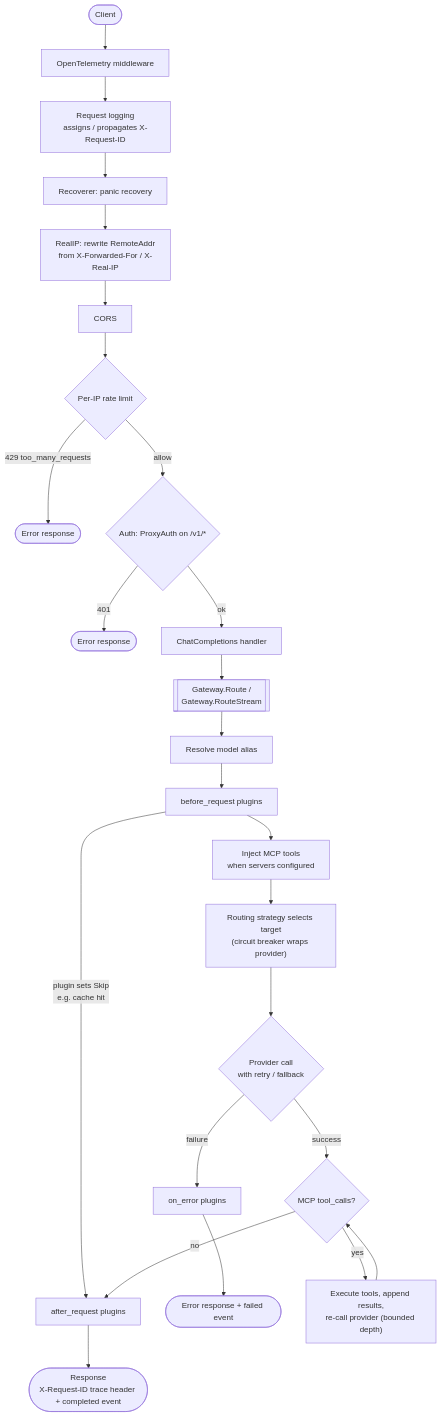
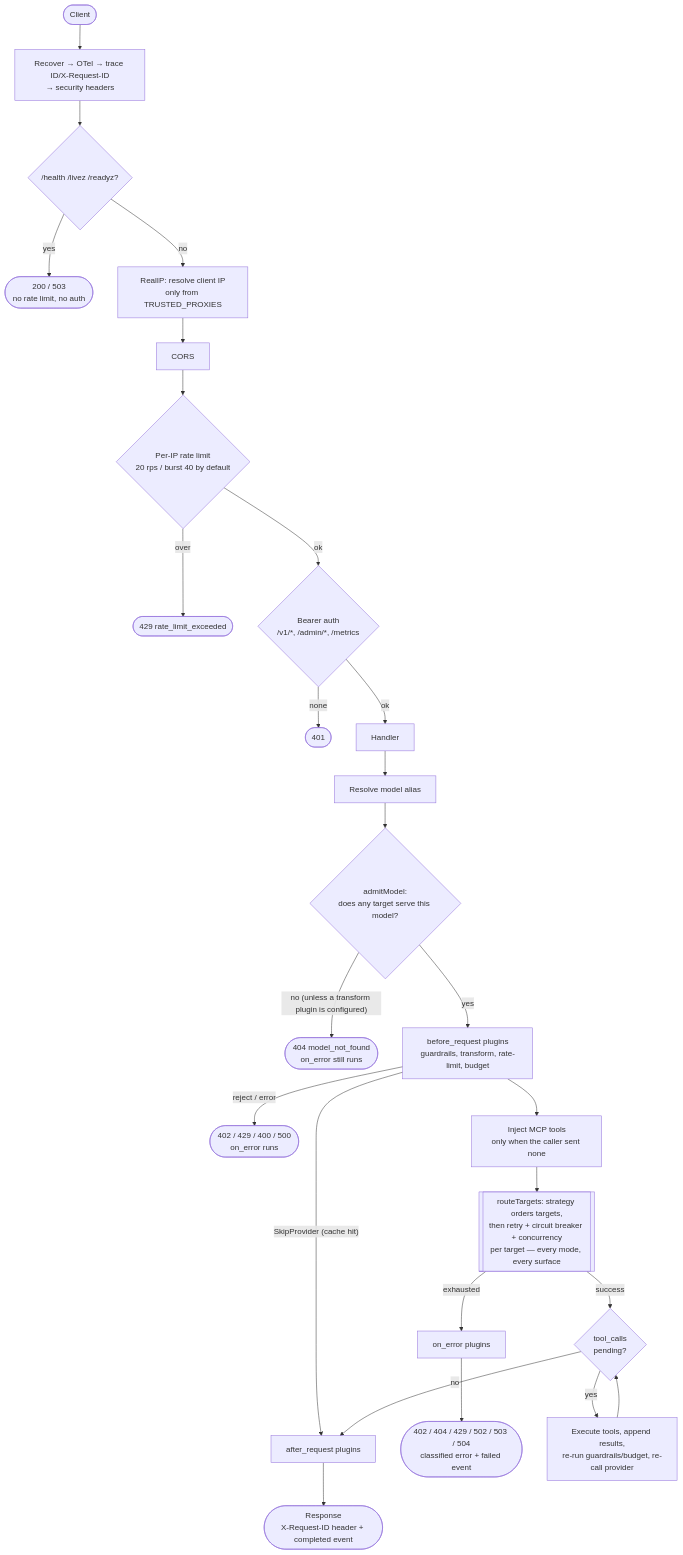
Before and after one commit to ferro-labs/ferrolabs-docs: the diagram in docs/getting-started/request-lifecycle.mdx, drawn with Mermaid. The commit also changed other lines of this file and 131 other files, not shown here.

First line of the commit message:
docs: v1.4.1 overhaul — docs-first homepage, plugins/routing/providers sections, full accuracy pass (#6) (#7)

````diff
--- a/docs/getting-started/request-lifecycle.mdx
+++ b/docs/getting-started/request-lifecycle.mdx
@@ -16,28 +15,29 @@
 ```mermaid
 flowchart TD
-    C([Client]) --> OTel[OpenTelemetry middleware]
-    OTel --> Log["Request logging<br/>assigns / propagates X-Request-ID"]
-    Log --> Rec[Recoverer: panic recovery]
-    Rec --> RIP["RealIP: rewrite RemoteAddr<br/>from X-Forwarded-For / X-Real-IP"]
+    C([Client]) --> MW["Recover → OTel → trace ID/X-Request-ID<br/>→ security headers"]
+    MW --> Probe{"/health /livez /readyz?"}
+    Probe -- yes --> ProbeResp(["200 / 503<br/>no rate limit, no auth"])
+    Probe -- no --> RIP["RealIP: resolve client IP<br/>only from TRUSTED_PROXIES"]
     RIP --> CORS[CORS]
-    CORS --> RL{Per-IP rate limit}
-    RL -- "429 too_many_requests" --> Err1([Error response])
-    RL -- allow --> Auth{Auth: ProxyAuth on /v1/*}
-    Auth -- "401" --> Err2([Error response])
-    Auth -- ok --> H[ChatCompletions handler]
+    CORS --> RL{"Per-IP rate limit<br/>20 rps / burst 40 by default"}
+    RL -- over --> Err1(["429 rate_limit_exceeded"])
+    RL -- ok --> Auth{"Bearer auth<br/>/v1/*, /admin/*, /metrics"}
+    Auth -- none --> Err2(["401"])
+    Auth -- ok --> H[Handler]
 
-    H --> GW[["Gateway.Route /<br/>Gateway.RouteStream"]]
-    GW --> Alias[Resolve model alias]
-    Alias --> Before[before_request plugins]
-    Before -- "plugin sets Skip<br/>e.g. cache hit" --> After
-    Before --> MCPInj["Inject MCP tools<br/>when servers configured"]
-    MCPInj --> Strat["Routing strategy selects target<br/>(circuit breaker wraps provider)"]
-    Strat --> Prov{"Provider call<br/>with retry / fallback"}
-    Prov -- failure --> OnErr[on_error plugins]
-    OnErr --> Err3([Error response + failed event])
-    Prov -- success --> Loop{"MCP tool_calls?"}
-    Loop -- yes --> Tools["Execute tools, append results,<br/>re-call provider (bounded depth)"]
+    H --> Alias[Resolve model alias]
+    Alias --> Admit{"admitModel:<br/>does any target serve this model?"}
+    Admit -- "no (unless a transform plugin is configured)" --> Err3(["404 model_not_found<br/>on_error still runs"])
+    Admit -- yes --> Before["before_request plugins<br/>guardrails, transform, rate-limit, budget"]
+    Before -- reject / error --> Err4(["402 / 429 / 400 / 500<br/>on_error runs"])
+    Before -- "SkipProvider (cache hit)" --> After
+    Before --> MCPInj["Inject MCP tools<br/>only when the caller sent none"]
+    MCPInj --> Walk[["routeTargets: strategy orders targets,<br/>then retry + circuit breaker + concurrency<br/>per target — every mode, every surface"]]
+    Walk -- exhausted --> OnErr[on_error plugins]
+    OnErr --> Err5(["402 / 404 / 429 / 502 / 503 / 504<br/>classified error + failed event"])
+    Walk -- success --> Loop{"tool_calls<br/>pending?"}
+    Loop -- yes --> Tools["Execute tools, append results,<br/>re-run guardrails/budget, re-call provider"]
     Tools --> Loop
     Loop -- no --> After[after_request plugins]
-    After --> Resp(["Response<br/>X-Request-ID trace header + completed event"])
+    After --> Resp(["Response<br/>X-Request-ID header + completed event"])
 ```
````
